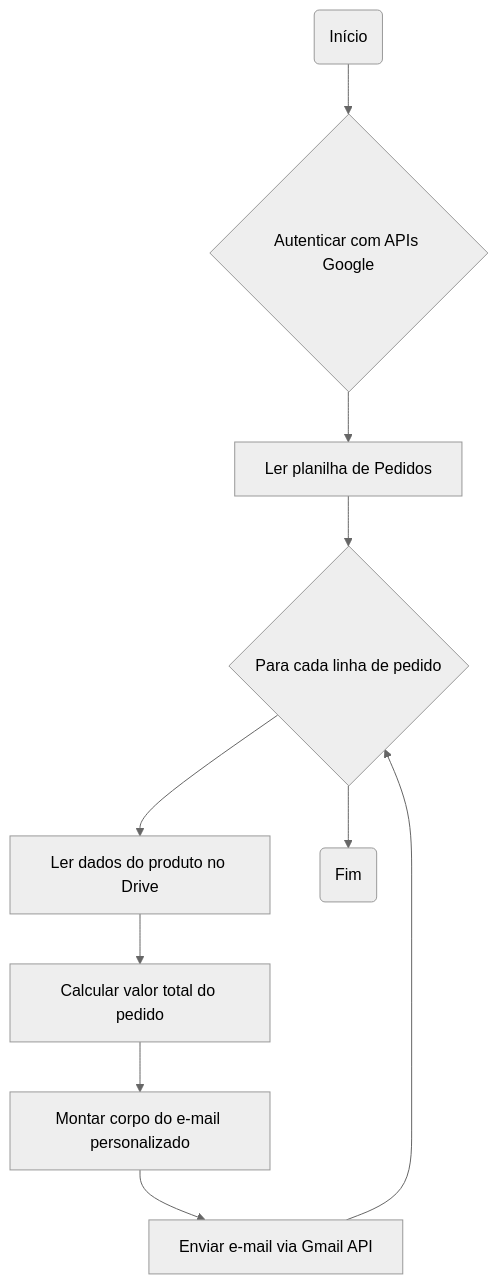
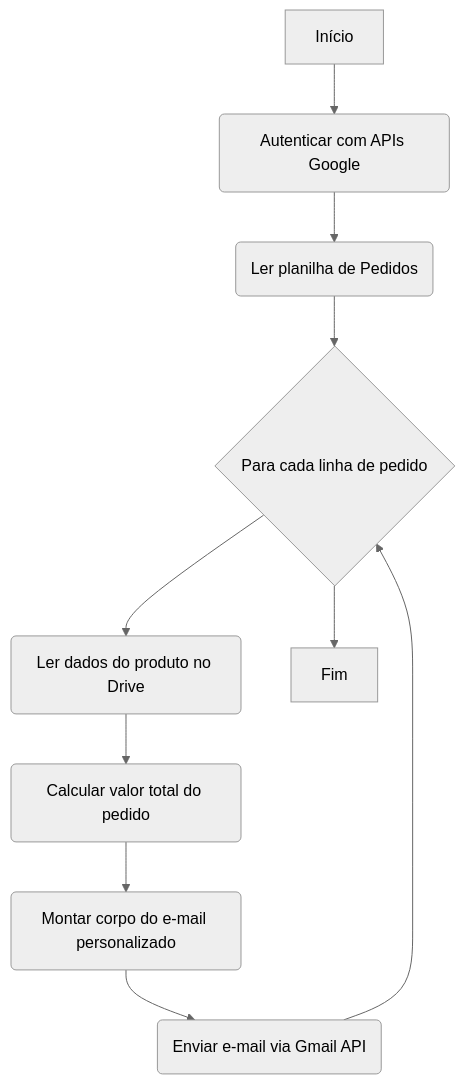
The fifth of 5 diagrams in README.md (lts-unochapeco/Projeto_AutomacaoAPIsGoogle), drawn with Mermaid (neutral theme) before and after one commit. The commit also changed other lines of this file, not shown here.

````diff
--- a/README.md
+++ b/README.md
@@ -237,12 +273,12 @@
 ```mermaid
 graph TD
-    A(Início) --> B{Autenticar com APIs Google};
-    B --> C[Ler planilha de Pedidos];
+    A[Início] --> B(Autenticar com APIs Google);
+    B --> C(Ler planilha de Pedidos);
     C --> D{Para cada linha de pedido};
-    D --> E[Ler dados do produto no Drive];
-    E --> F[Calcular valor total do pedido];
-    F --> G[Montar corpo do e-mail personalizado];
-    G --> H[Enviar e-mail via Gmail API];
+    D --> E(Ler dados do produto no Drive);
+    E --> F(Calcular valor total do pedido);
+    F --> G(Montar corpo do e-mail personalizado);
+    G --> H(Enviar e-mail via Gmail API);
     H --> D;
-    D --> I(Fim);
+    D --> I[Fim];
 ```
````
